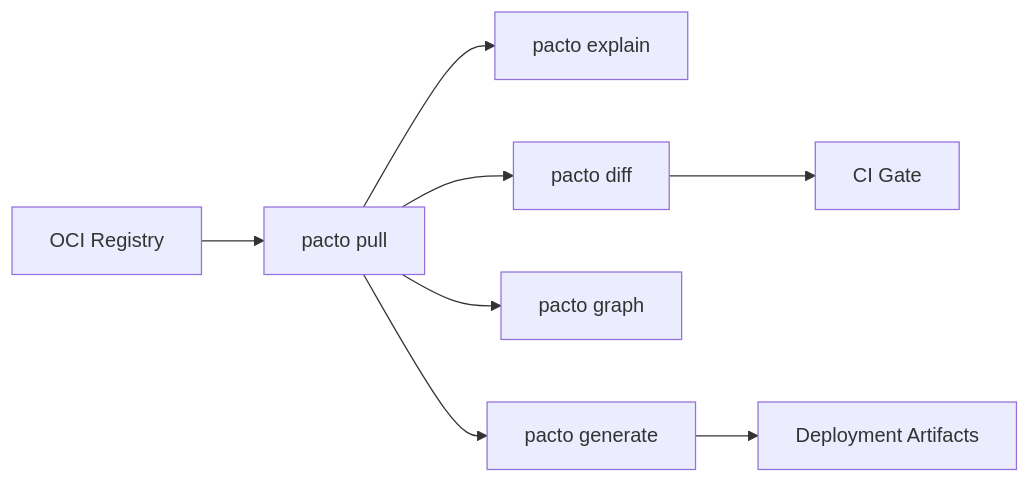
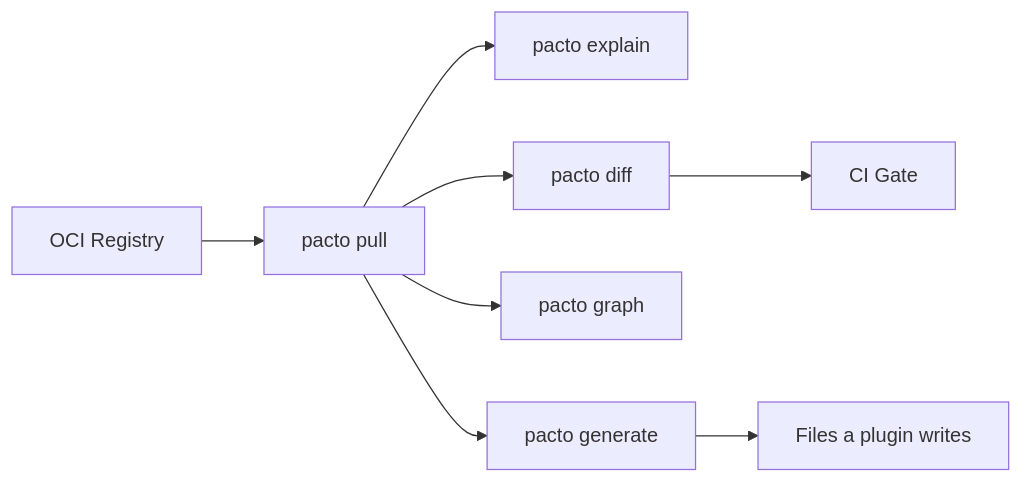
The diagram in docs/platform-engineers.md (TrianaLab/pacto), drawn with Mermaid before and after one commit. The commit also changed other lines of this file and 1300 other files, not shown here.

````diff
--- a/docs/platform-engineers.md
+++ b/docs/platform-engineers.md
@@ -9,10 +18,10 @@
 ```mermaid
 flowchart LR
     R[OCI Registry] --> PL[pacto pull]
     PL --> E[pacto explain]
     PL --> DI[pacto diff]
     PL --> G[pacto graph]
     PL --> GEN[pacto generate]
-    GEN --> K[Deployment Artifacts]
+    GEN --> K[Files a plugin writes]
     DI --> CI[CI Gate]
 ```
````
